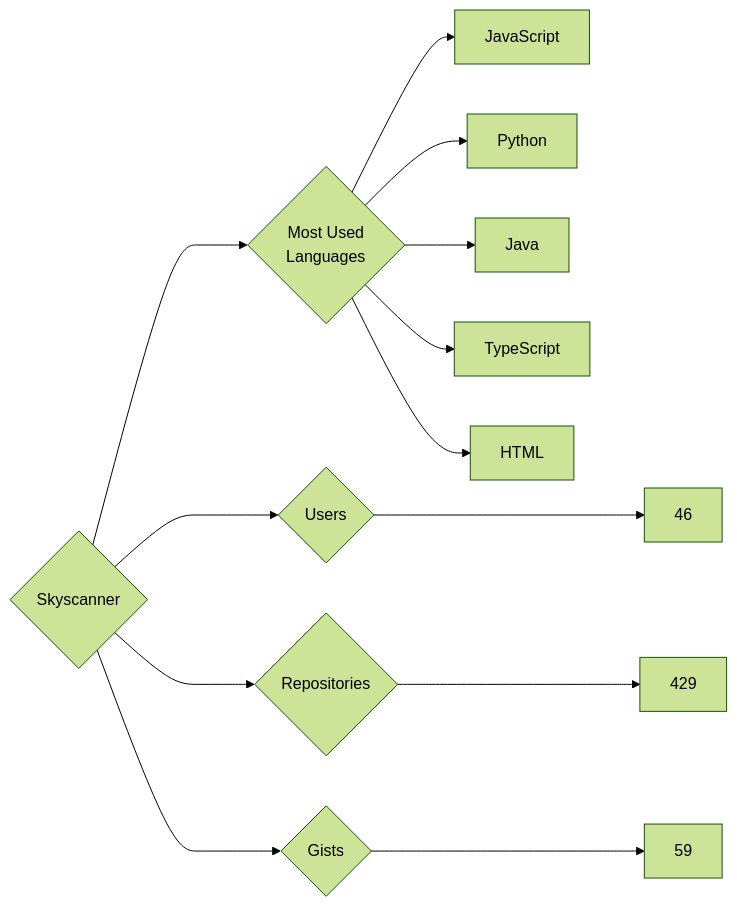
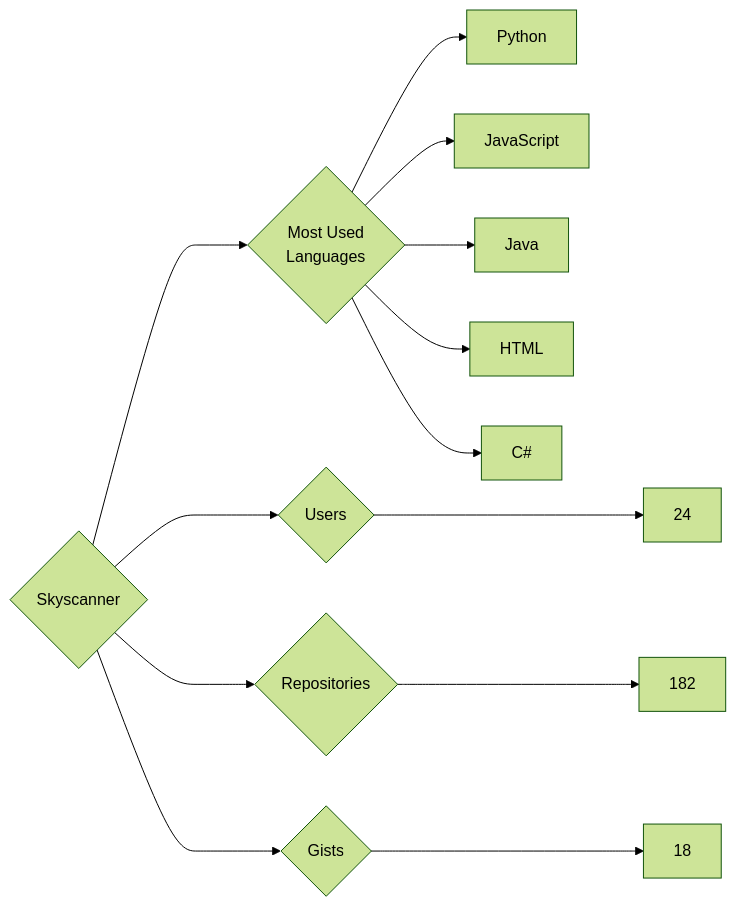
Before and after one commit to trickest/insiders: the diagram in targets/Skyscanner/README.md, drawn with Mermaid (forest theme). The commit also changed 695 other files, not shown here.

````diff
--- a/targets/Skyscanner/README.md
+++ b/targets/Skyscanner/README.md
@@ -3,13 +3,13 @@
 ```mermaid
 graph LR
 COMPANY_NAME{Skyscanner}
-COMPANY_NAME ---> U{Users} ---> UN[46]
-COMPANY_NAME ---> R{Repositories} ---> RN[429]
-COMPANY_NAME ---> G{Gists} ---> GN[59]
+COMPANY_NAME ---> U{Users} ---> UN[24]
+COMPANY_NAME ---> R{Repositories} ---> RN[182]
+COMPANY_NAME ---> G{Gists} ---> GN[18]
 COMPANY_NAME ---> ML{Most Used<br>Languages}
+ML --> Python[Python]
 ML --> JavaScript[JavaScript]
-ML --> Python[Python]
 ML --> Java[Java]
-ML --> TypeScript[TypeScript]
 ML --> HTML[HTML]
+ML --> C#[C#]
 ```
````
